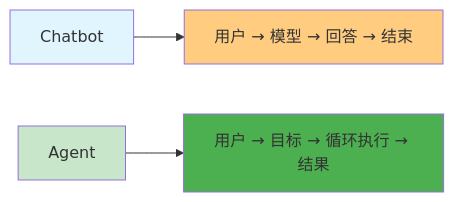
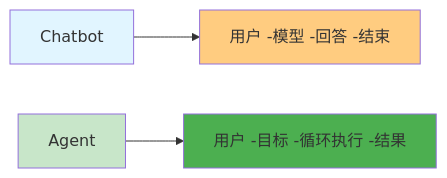
The first of 2 diagrams in concepts/agent.md (Jasper-Wynn/agent-doc), drawn with Mermaid before and after one commit. The commit also changed other lines of this file and 16 other files, not shown here.

First line of the commit message:
fix: repair mermaid diagram rendering issues

````diff
--- a/concepts/agent.md
+++ b/concepts/agent.md
@@ -11,11 +11,11 @@
 ```mermaid
 flowchart LR
-    A[Chatbot] --> B["用户 → 模型 → 回答 → 结束"]
+    A[Chatbot] --> B["用户 -模型 -回答 -结束"]
 
-    C[Agent] --> D["用户 → 目标 → 循环执行 → 结果"]
+    C[Agent] --> D["用户 -目标 -循环执行 -结果"]
 
     style A fill:#e1f5ff
     style B fill:#ffcc80
     style C fill:#c8e6c9
     style D fill:#4caf50
 ```
````
